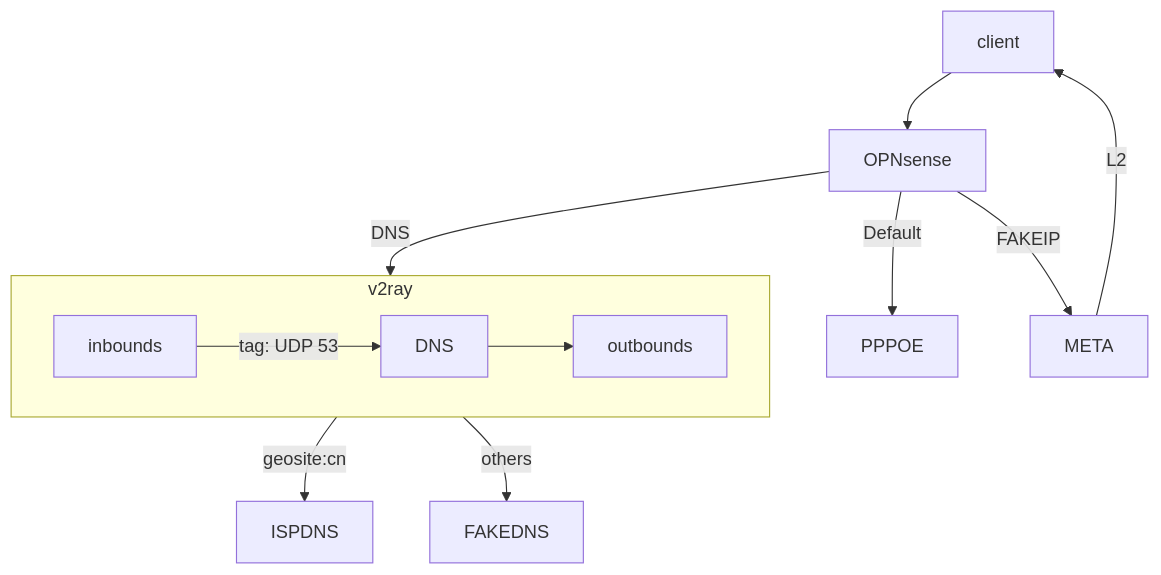
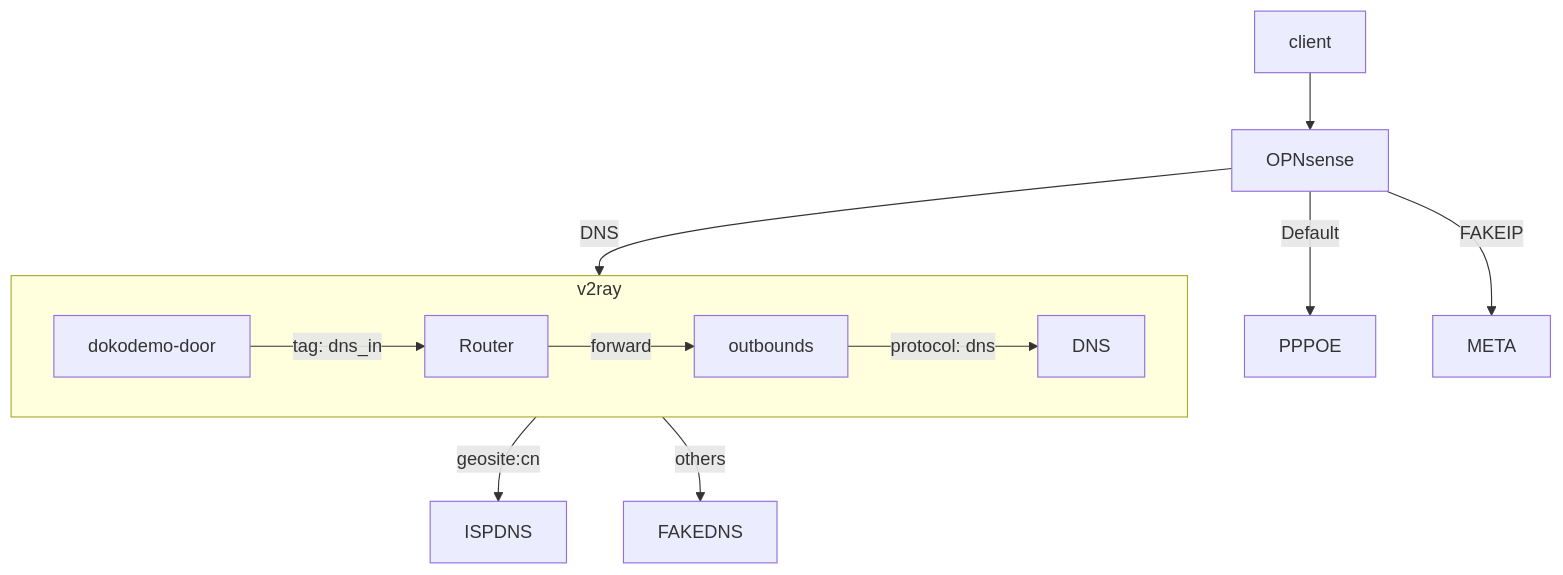
Before and after one commit to Quart233/gateway: the diagram in diagram.mermaid, drawn with Mermaid.

Commit message:
chore: update diagram

```diff
--- a/diagram.mermaid
+++ b/diagram.mermaid
@@ -1,15 +1,14 @@
 flowchart TD
 
     client --> OPNsense
 
     subgraph v2ray
-        inbounds -->|tag: UDP 53| DNS --> outbounds
+        inbounds[dokodemo-door] -->|tag: dns_in| Router -->|forward| outbounds -->|protocol: dns| DNS
     end
 
     v2ray -->|geosite:cn| ISPDNS
     v2ray -->|others| FAKEDNS
 
     OPNsense -->|Default| PPPOE
     OPNsense -->|FAKEIP| META
-    META -->|L2| client
     OPNsense -->|DNS| v2ray
```
